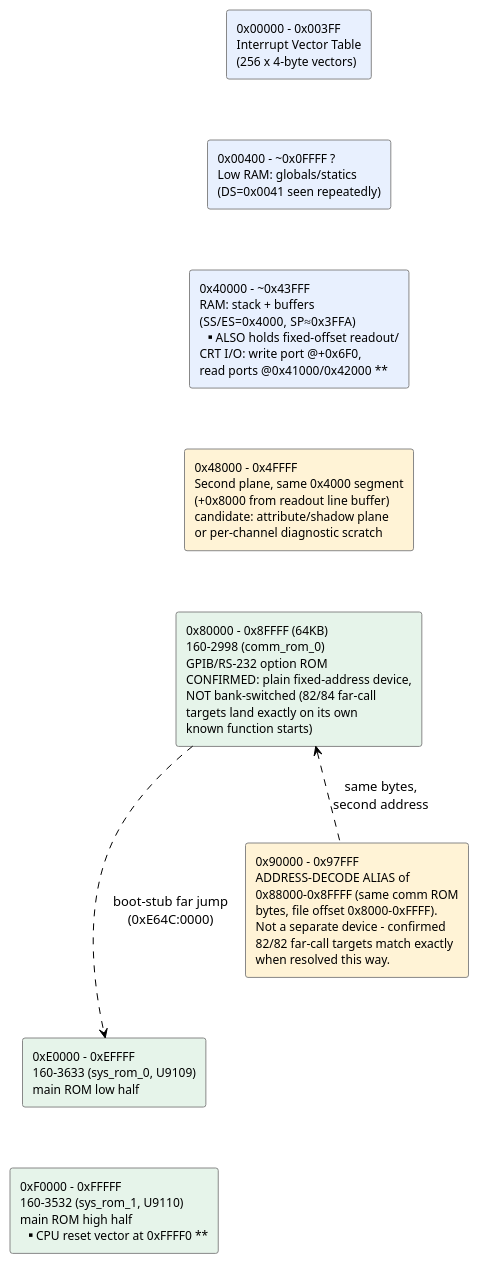
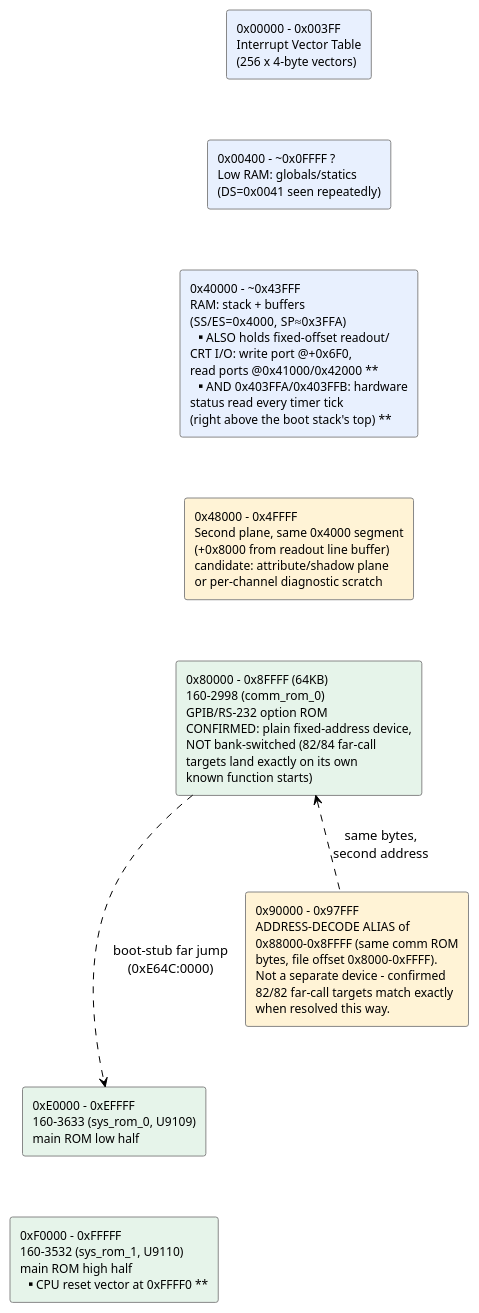
One commit to Mwwhited-BookLearning/tektronix-2230 changed the diagram in MEMORY_MAP.md. Above: the diagram before and after it, drawn with PlantUML. The commit also changed other lines of this file and 10 other files, not shown here.

````diff
--- a/MEMORY_MAP.md
+++ b/MEMORY_MAP.md
@@ -8,28 +8,28 @@
 ```plantuml
 @startuml
 !theme plain
 skinparam backgroundColor transparent
 skinparam rectangle {
   BorderColor #888
   FontSize 12
 }
 rectangle "0x00000 - 0x003FF\nInterrupt Vector Table\n(256 x 4-byte vectors)" as IVT #E8F0FE
 rectangle "0x00400 - ~0x0FFFF ?\nLow RAM: globals/statics\n(DS=0x0041 seen repeatedly)" as LORAM #E8F0FE
-rectangle "0x40000 - ~0x43FFF\nRAM: stack + buffers\n(SS/ES=0x4000, SP≈0x3FFA)\n** ALSO holds fixed-offset readout/\nCRT I/O: write port @+0x6F0,\nread ports @0x41000/0x42000 **" as STACKRAM #E8F0FE
+rectangle "0x40000 - ~0x43FFF\nRAM: stack + buffers\n(SS/ES=0x4000, SP≈0x3FFA)\n** ALSO holds fixed-offset readout/\nCRT I/O: write port @+0x6F0,\nread ports @0x41000/0x42000 **\n** AND 0x403FFA/0x403FFB: hardware\nstatus read every timer tick\n(right above the boot stack's top) **" as STACKRAM #E8F0FE
 rectangle "0x48000 - 0x4FFFF\nSecond plane, same 0x4000 segment\n(+0x8000 from readout line buffer)\ncandidate: attribute/shadow plane\nor per-channel diagnostic scratch" as PLANE2 #FFF3D6
 rectangle "0x80000 - 0x8FFFF (64KB)\n160-2998 (comm_rom_0)\nGPIB/RS-232 option ROM\nCONFIRMED: plain fixed-address device,\nNOT bank-switched (82/84 far-call\ntargets land exactly on its own\nknown function starts)" as COMMROM #E6F4EA
 rectangle "0x90000 - 0x97FFF\nADDRESS-DECODE ALIAS of\n0x88000-0x8FFFF (same comm ROM\nbytes, file offset 0x8000-0xFFFF).\nNot a separate device - confirmed\n82/82 far-call targets match exactly\nwhen resolved this way." as ALIAS #FFF3D6
 rectangle "0xE0000 - 0xEFFFF\n160-3633 (sys_rom_0, U9109)\nmain ROM low half" as ROM_LOW #E6F4EA
 rectangle "0xF0000 - 0xFFFFF\n160-3532 (sys_rom_1, U9110)\nmain ROM high half\n** CPU reset vector at 0xFFFF0 **" as ROM_HIGH #E6F4EA
 
 IVT -[hidden]down- LORAM
 LORAM -[hidden]down- STACKRAM
 STACKRAM -[hidden]down- PLANE2
 PLANE2 -[hidden]down- COMMROM
 COMMROM -[hidden]down- ALIAS
 ALIAS -[hidden]down- ROM_LOW
 ROM_LOW -[hidden]down- ROM_HIGH
 COMMROM .right.> ROM_LOW : boot-stub far jump\n(0xE64C:0000)
 ALIAS .up.> COMMROM : same bytes,\nsecond address
 @enduml
 ```
````
